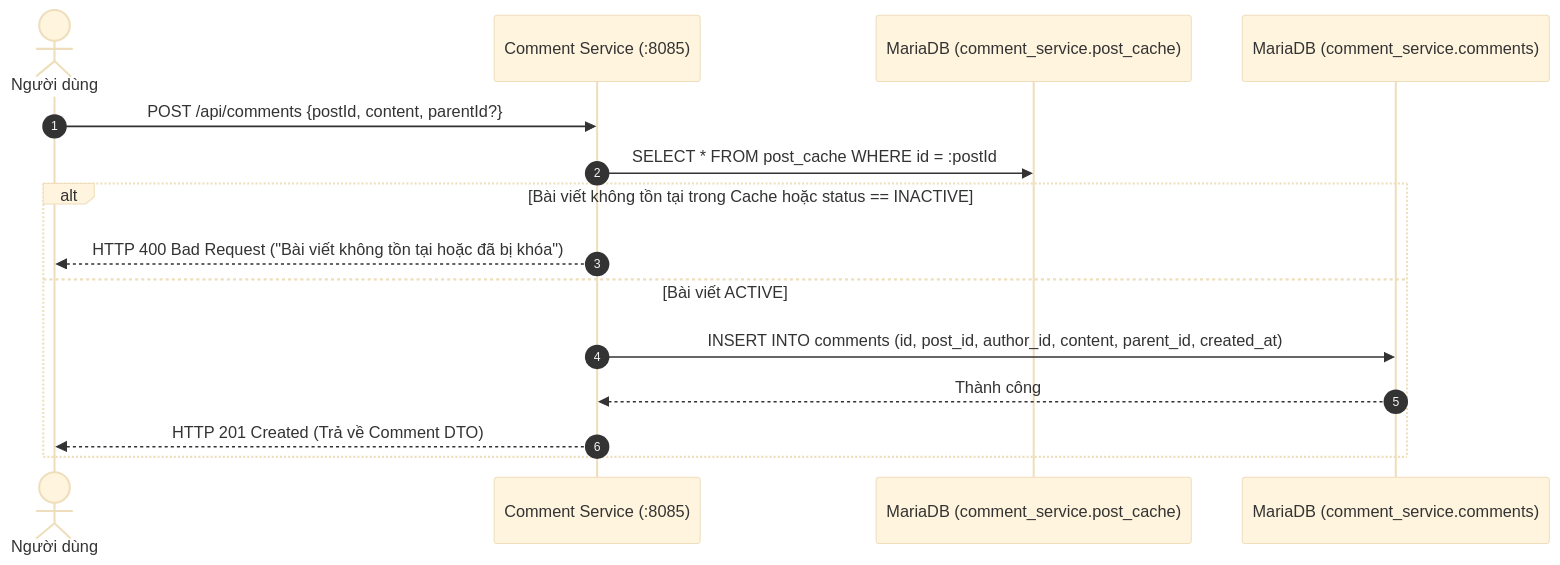
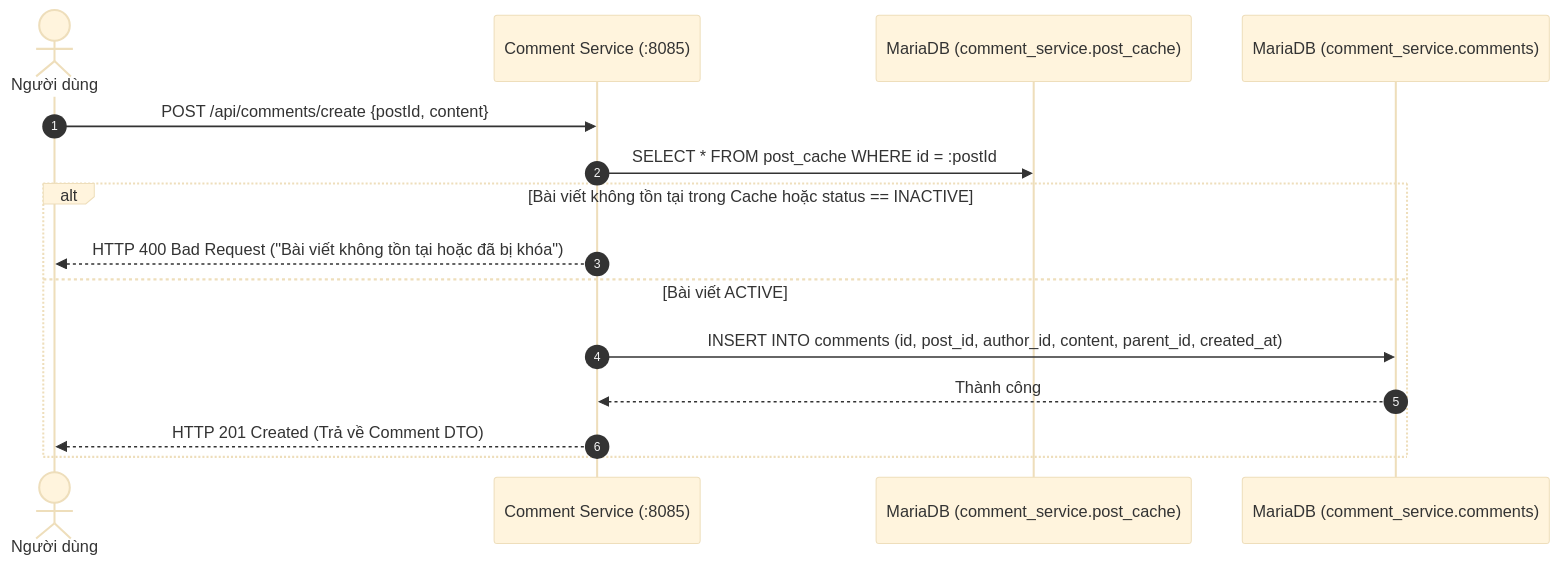
Before and after one commit to MinhElly/fakebook: the second of 4 diagrams in docs/02-architecture/data-flow.md, drawn with Mermaid (base theme). The commit also changed other lines of this file and 18 other files, not shown here.

````diff
--- a/docs/02-architecture/data-flow.md
+++ b/docs/02-architecture/data-flow.md
@@ -45,19 +45,19 @@
 ```mermaid
 sequenceDiagram
     autonumber
     actor User as Người dùng
     participant CS as Comment Service (:8085)
     participant CacheDB as MariaDB (comment_service.post_cache)
     participant CommentDB as MariaDB (comment_service.comments)
 
-    User->>CS: POST /api/comments {postId, content, parentId?}
+    User->>CS: POST /api/comments/create {postId, content}
     CS->>CacheDB: SELECT * FROM post_cache WHERE id = :postId
     
     alt Bài viết không tồn tại trong Cache hoặc status == INACTIVE
         CS-->>User: HTTP 400 Bad Request ("Bài viết không tồn tại hoặc đã bị khóa")
     else Bài viết ACTIVE
         CS->>CommentDB: INSERT INTO comments (id, post_id, author_id, content, parent_id, created_at)
         CommentDB-->>CS: Thành công
         CS-->>User: HTTP 201 Created (Trả về Comment DTO)
     end
 ```
````
